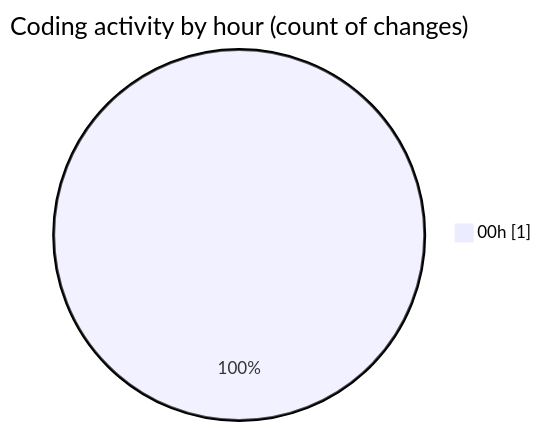
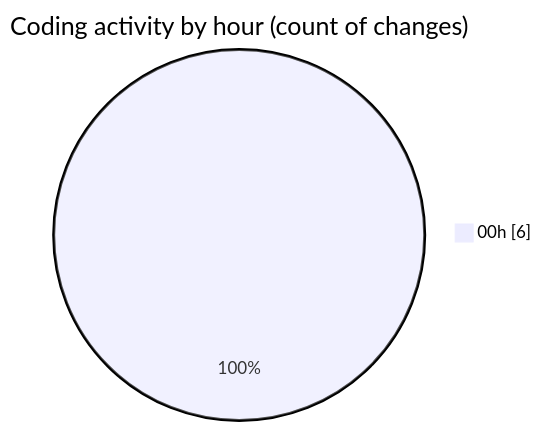
The second of 2 diagrams in 2025-02-23/micros/README.md (charlie-sans/code-tracking), drawn with Mermaid before and after one commit. The commit also changed other lines of this file and 1 other file, not shown here.

````diff
--- a/2025-02-23/micros/README.md
+++ b/2025-02-23/micros/README.md
@@ -28,5 +30,5 @@
 ```mermaid
 pie showData
 title Coding activity by hour (count of changes)
-"00h" : 1
+"00h" : 6
 ```
````
